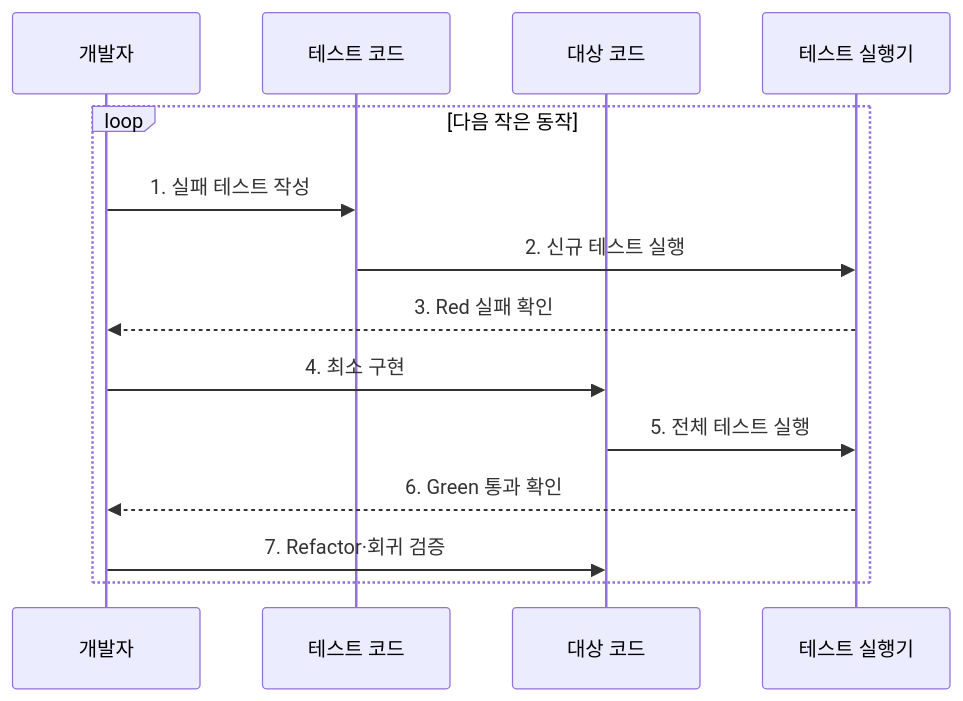
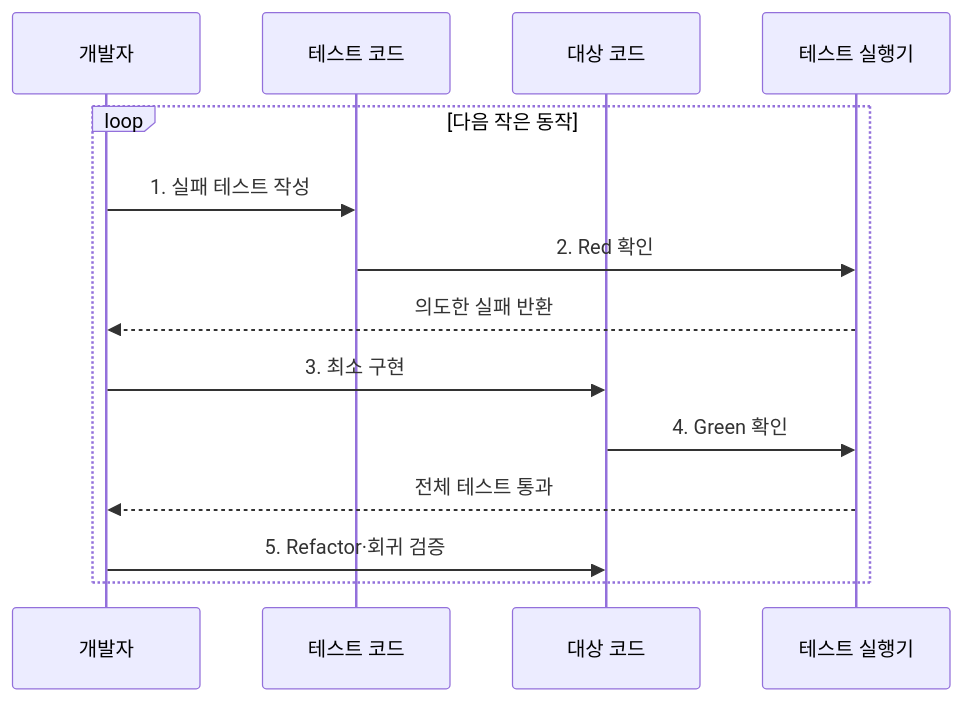
One commit to agnusdei1207/knowledge-base changed the second of 2 diagrams in src/content/docs/notes/03-software/059_test_driven_development.md. Above: the diagram before and after it, drawn with Mermaid. The commit also changed other lines of this file and 238 other files, not shown here.

````diff
--- a/src/content/docs/notes/03-software/059_test_driven_development.md
+++ b/src/content/docs/notes/03-software/059_test_driven_development.md
@@ -80,16 +80,16 @@
 ```mermaid
 sequenceDiagram
     participant D as 개발자
     participant T as 테스트 코드
     participant S as 대상 코드
     participant R as 테스트 실행기
     loop 다음 작은 동작
         D->>T: 1. 실패 테스트 작성
-        T->>R: 2. 신규 테스트 실행
-        R-->>D: 3. Red 실패 확인
-        D->>S: 4. 최소 구현
-        S->>R: 5. 전체 테스트 실행
-        R-->>D: 6. Green 통과 확인
-        D->>S: 7. Refactor·회귀 검증
+        T->>R: 2. Red 확인
+        R-->>D: 의도한 실패 반환
+        D->>S: 3. 최소 구현
+        S->>R: 4. Green 확인
+        R-->>D: 전체 테스트 통과
+        D->>S: 5. Refactor·회귀 검증
     end
 ```
````
